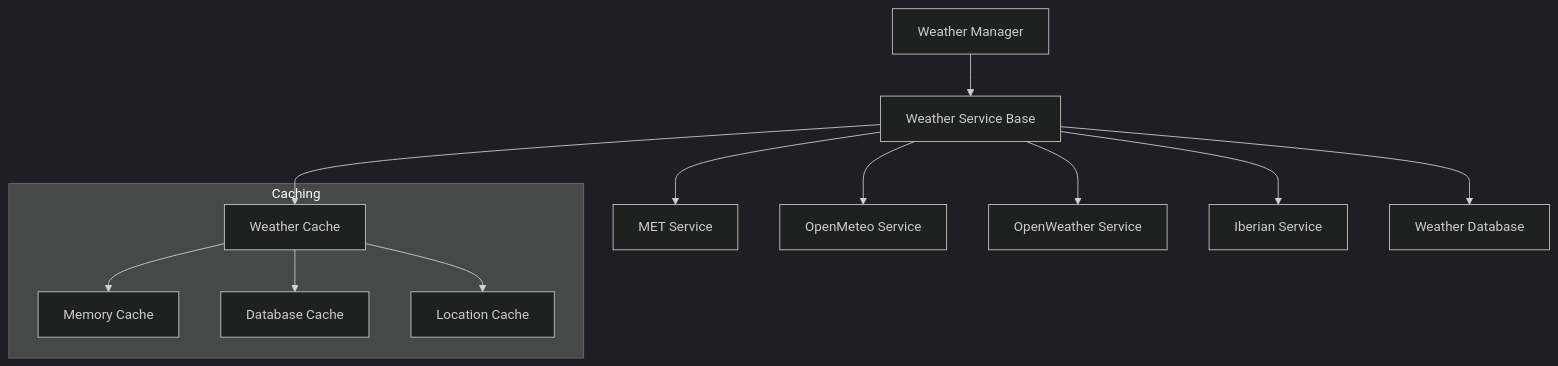
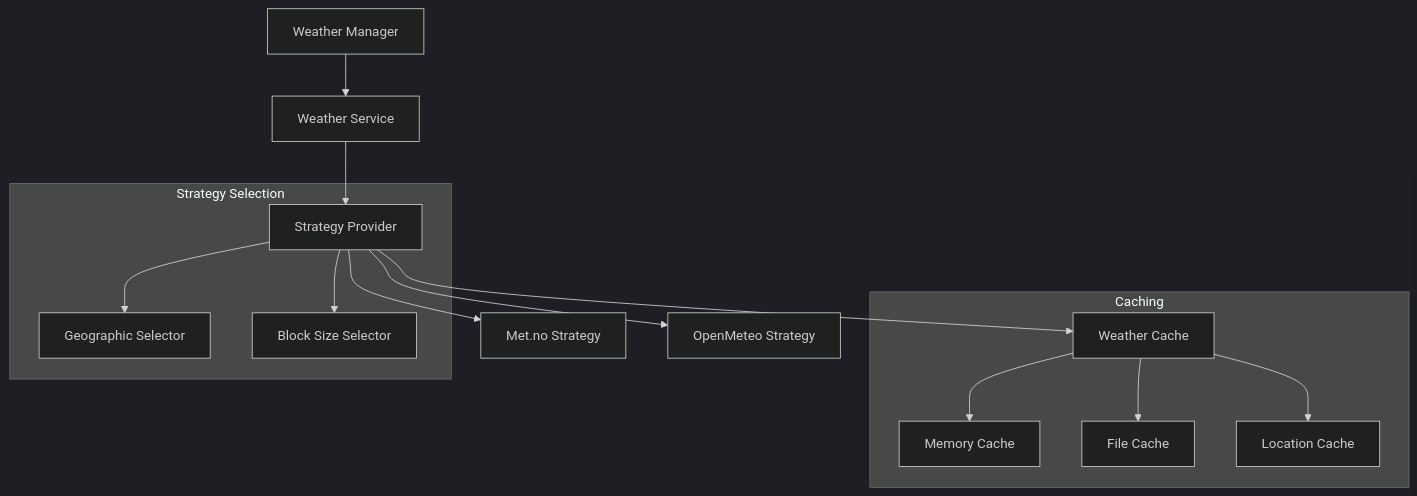
The diagram in docs/services/weather/README.md (nasula/golfcal2), drawn with Mermaid (dark theme) before and after one commit. The commit also changed other lines of this file and 16 other files, not shown here.

First line of the commit message:
Refactor weather service documentation with strategy pattern and improved provider implementations

````diff
--- a/docs/services/weather/README.md
+++ b/docs/services/weather/README.md
@@ -9,16 +9,19 @@
 ```mermaid
 graph TD
-    WM[Weather Manager] --> WS[Weather Service Base]
-    WS --> MET[MET Service]
-    WS --> OM[OpenMeteo Service]
-    WS --> OW[OpenWeather Service]
-    WS --> IB[Iberian Service]
-    WS --> Cache[Weather Cache]
-    WS --> DB[Weather Database]
+    WM[Weather Manager] --> WS[Weather Service]
+    WS --> SP[Strategy Provider]
+    SP --> MET[Met.no Strategy]
+    SP --> OM[OpenMeteo Strategy]
+    SP --> Cache[Weather Cache]
     
     subgraph Caching
         Cache --> MemCache[Memory Cache]
-        Cache --> DBCache[Database Cache]
+        Cache --> FileCache[File Cache]
         Cache --> LocationCache[Location Cache]
     end
+
+    subgraph Strategy Selection
+        SP --> GeoSelector[Geographic Selector]
+        SP --> BlockSelector[Block Size Selector]
+    end
 ```
````
